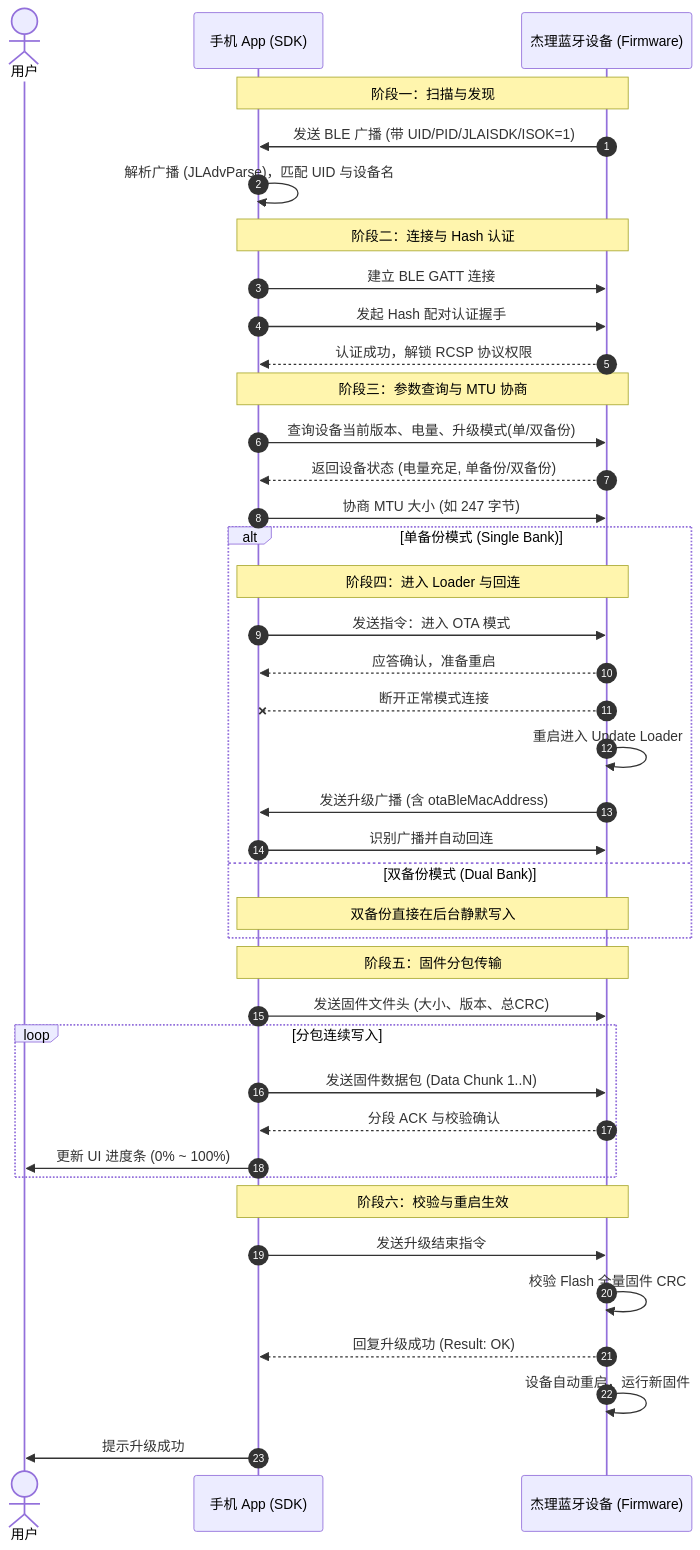
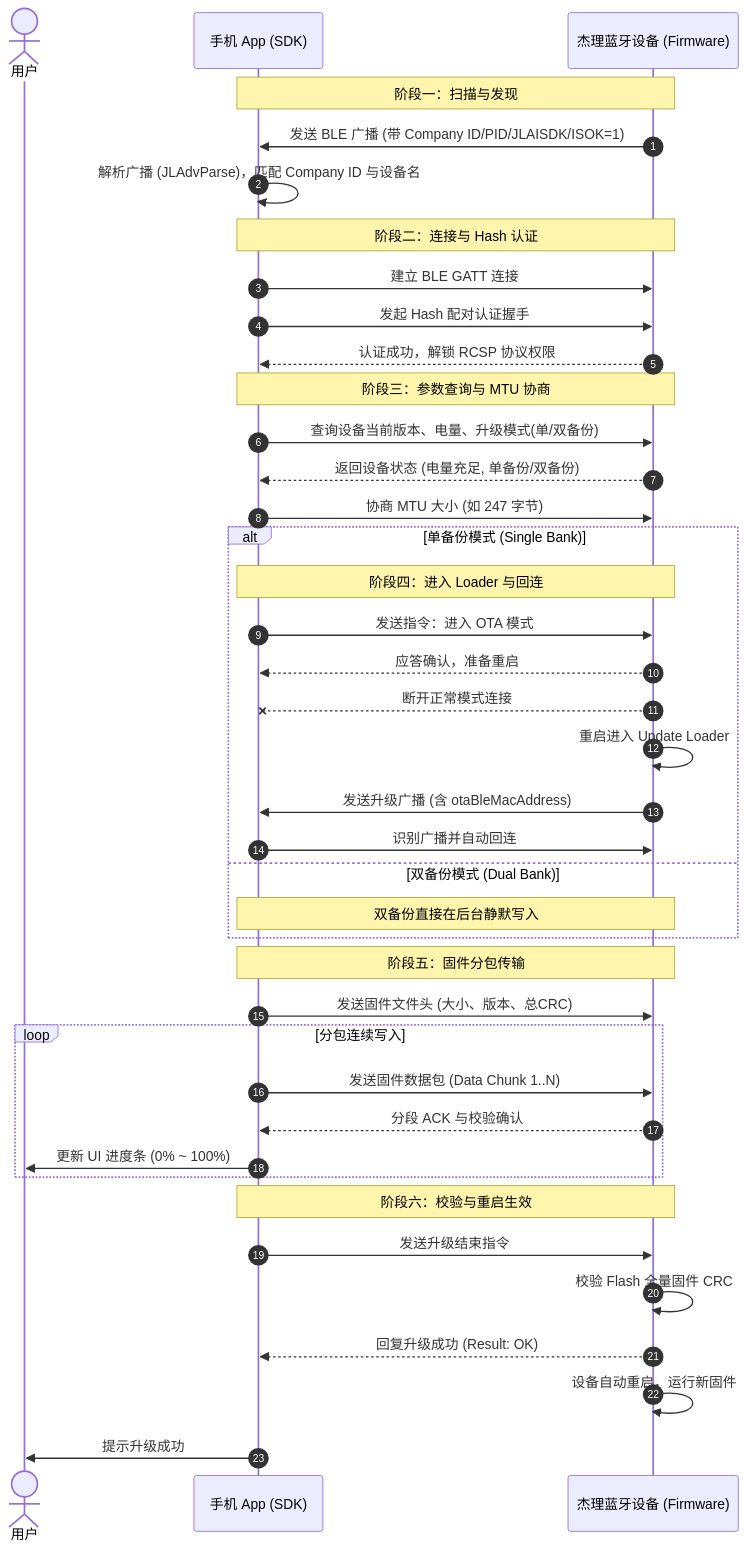
Before and after one commit to waitwalker/jl_ota: the diagram in JIELI_OTA_GUIDE.md, drawn with Mermaid. The commit also changed other lines of this file, not shown here.

````diff
--- a/JIELI_OTA_GUIDE.md
+++ b/JIELI_OTA_GUIDE.md
@@ -232,48 +257,48 @@
 ```mermaid
 sequenceDiagram
     autonumber
     actor User as 用户
     participant App as 手机 App (SDK)
     participant Dev as 杰理蓝牙设备 (Firmware)
 
     Note over App,Dev: 阶段一：扫描与发现
-    Dev->>App: 发送 BLE 广播 (带 UID/PID/JLAISDK/ISOK=1)
-    App->>App: 解析广播 (JLAdvParse)，匹配 UID 与设备名
+    Dev->>App: 发送 BLE 广播 (带 Company ID/PID/JLAISDK/ISOK=1)
+    App->>App: 解析广播 (JLAdvParse)，匹配 Company ID 与设备名
 
     Note over App,Dev: 阶段二：连接与 Hash 认证
     App->>Dev: 建立 BLE GATT 连接
     App->>Dev: 发起 Hash 配对认证握手
     Dev-->>App: 认证成功，解锁 RCSP 协议权限
 
     Note over App,Dev: 阶段三：参数查询与 MTU 协商
     App->>Dev: 查询设备当前版本、电量、升级模式(单/双备份)
     Dev-->>App: 返回设备状态 (电量充足, 单备份/双备份)
     App->>Dev: 协商 MTU 大小 (如 247 字节)
 
     alt 单备份模式 (Single Bank)
         Note over App,Dev: 阶段四：进入 Loader 与回连
         App->>Dev: 发送指令：进入 OTA 模式
         Dev-->>App: 应答确认，准备重启
         Dev--xApp: 断开正常模式连接
         Dev->>Dev: 重启进入 Update Loader
         Dev->>App: 发送升级广播 (含 otaBleMacAddress)
         App->>Dev: 识别广播并自动回连
     else 双备份模式 (Dual Bank)
         Note over App,Dev: 双备份直接在后台静默写入
     end
 
     Note over App,Dev: 阶段五：固件分包传输
     App->>Dev: 发送固件文件头 (大小、版本、总CRC)
     loop 分包连续写入
         App->>Dev: 发送固件数据包 (Data Chunk 1..N)
         Dev-->>App: 分段 ACK 与校验确认
         App->>User: 更新 UI 进度条 (0% ~ 100%)
     end
 
     Note over App,Dev: 阶段六：校验与重启生效
     App->>Dev: 发送升级结束指令
     Dev->>Dev: 校验 Flash 全量固件 CRC
     Dev-->>App: 回复升级成功 (Result: OK)
     Dev->>Dev: 设备自动重启，运行新固件
     App->>User: 提示升级成功
 ```
````
